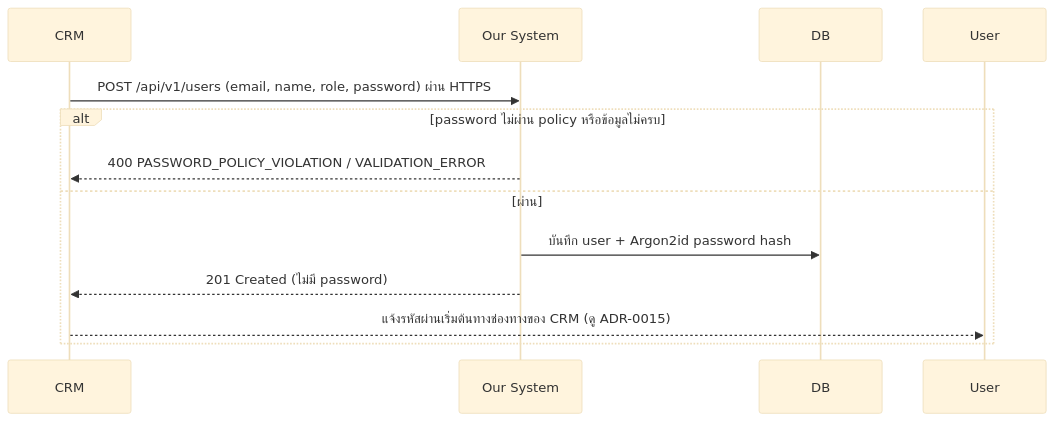
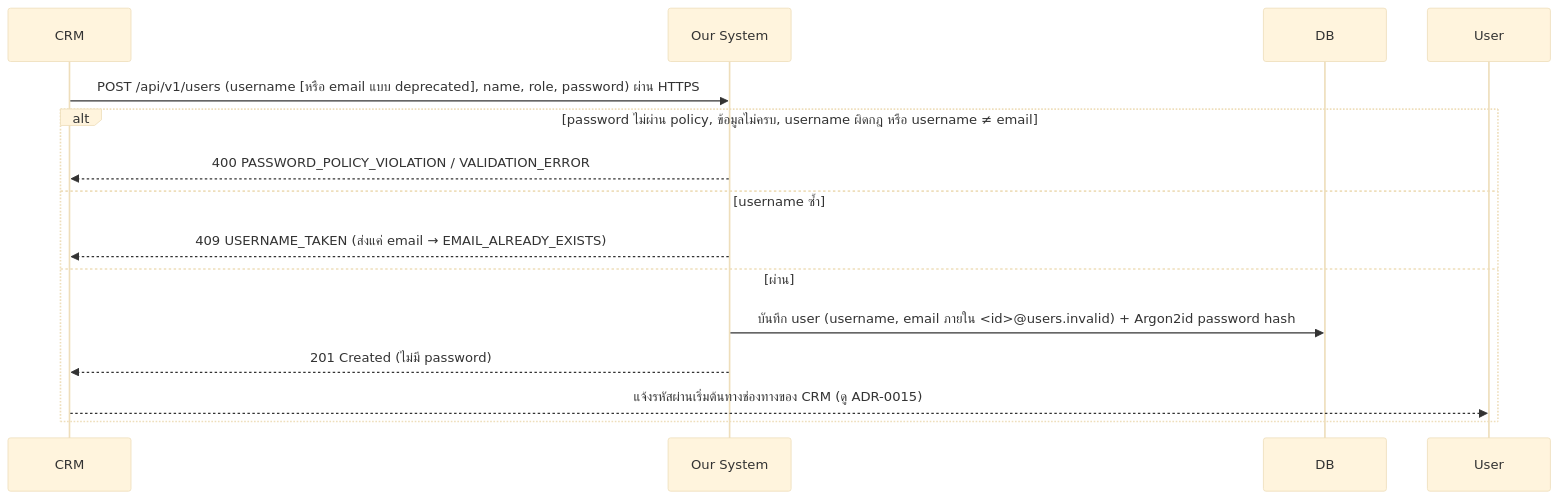
Before and after one commit to jeweal-pm/gms-system-monorepo: the third of 4 diagrams in document/diagram/login-flow.md, drawn with Mermaid (base theme). The commit also changed other lines of this file and 65 other files, not shown here.

````diff
--- a/document/diagram/login-flow.md
+++ b/document/diagram/login-flow.md
@@ -75,16 +81,18 @@
 ```mermaid
 sequenceDiagram
     participant CRM
     participant API as Our System
     participant DB
     participant U as User
 
-    CRM->>API: POST /api/v1/users (email, name, role, password) ผ่าน HTTPS
-    alt password ไม่ผ่าน policy หรือข้อมูลไม่ครบ
+    CRM->>API: POST /api/v1/users (username [หรือ email แบบ deprecated], name, role, password) ผ่าน HTTPS
+    alt password ไม่ผ่าน policy, ข้อมูลไม่ครบ, username ผิดกฎ หรือ username ≠ email
         API-->>CRM: 400 PASSWORD_POLICY_VIOLATION / VALIDATION_ERROR
+    else username ซ้ำ
+        API-->>CRM: 409 USERNAME_TAKEN (ส่งแค่ email → EMAIL_ALREADY_EXISTS)
     else ผ่าน
-        API->>DB: บันทึก user + Argon2id password hash
+        API->>DB: บันทึก user (username, email ภายใน <id>@users.invalid) + Argon2id password hash
         API-->>CRM: 201 Created (ไม่มี password)
         CRM-->>U: แจ้งรหัสผ่านเริ่มต้นทางช่องทางของ CRM (ดู ADR-0015)
     end
 ```
````
